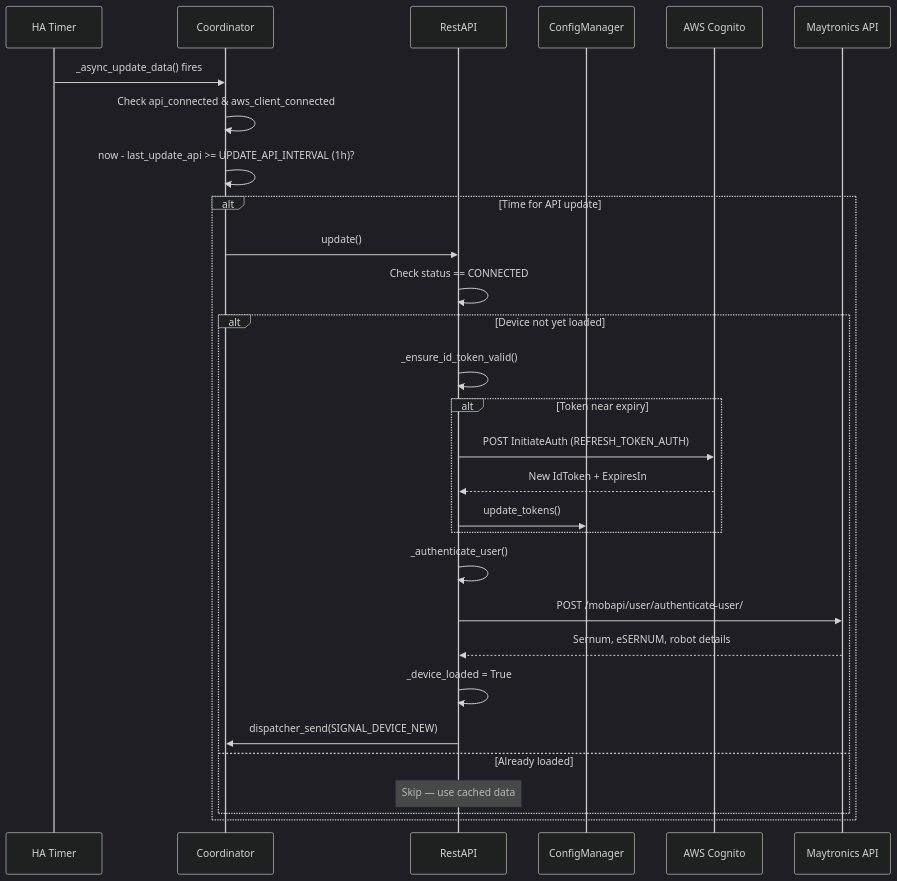
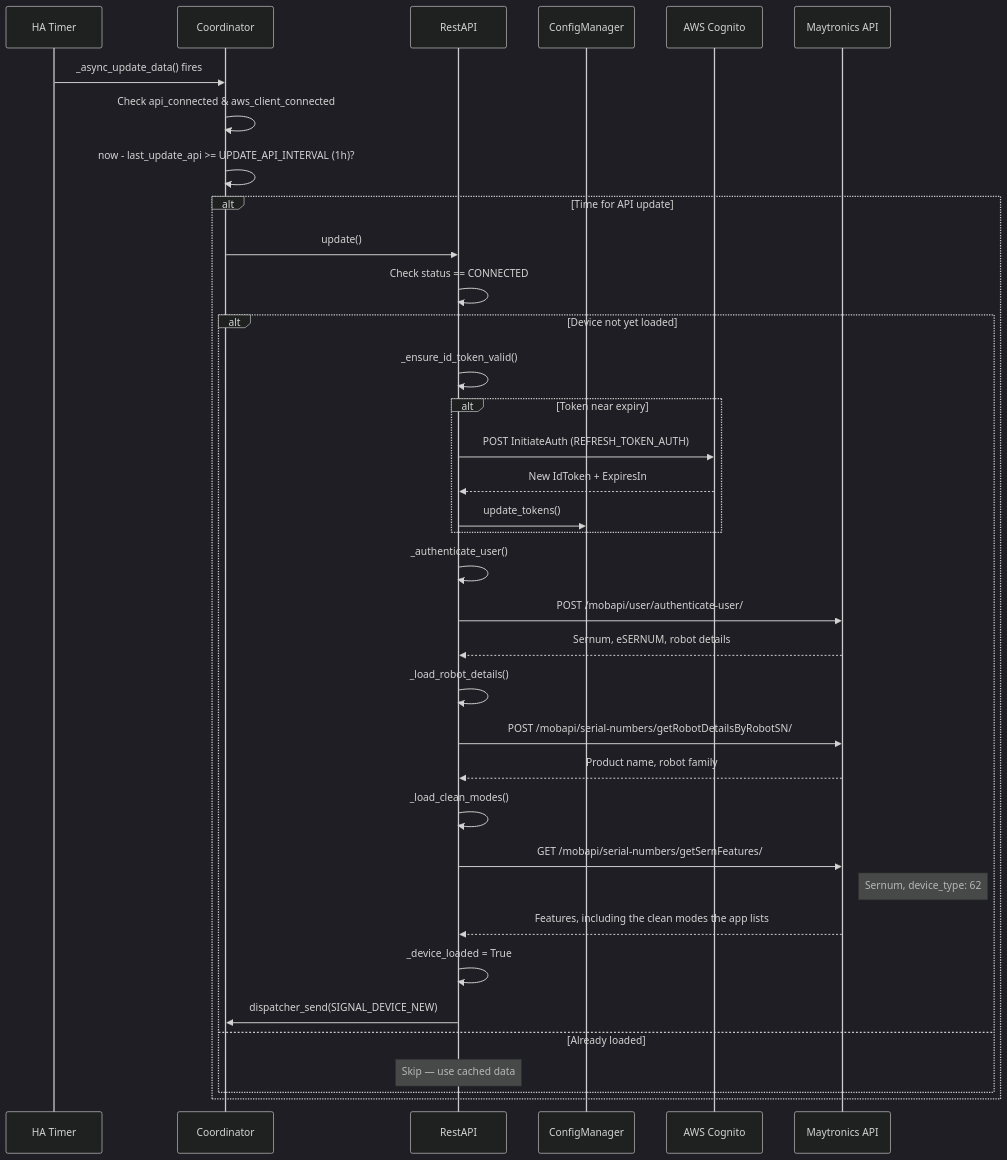
One commit to sh00t2kill/dolphin-robot changed the first of 3 diagrams in docs/Maytronics/03-ongoing-calls-and-events.md. Above: the diagram before and after it, drawn with Mermaid (dark theme). The commit also changed 14 other files, not shown here.

First line of the commit message:
Vacuum lists the robot's clean modes and adds Full coverage

````diff
--- a/docs/Maytronics/03-ongoing-calls-and-events.md
+++ b/docs/Maytronics/03-ongoing-calls-and-events.md
@@ -48,38 +48,47 @@
 ```mermaid
 sequenceDiagram
     participant Timer as HA Timer
     participant Coord as Coordinator
     participant API as RestAPI
     participant CM as ConfigManager
     participant Cognito as AWS Cognito
     participant Maytr as Maytronics API
 
     Timer->>Coord: _async_update_data() fires
     Coord->>Coord: Check api_connected & aws_client_connected
 
     Coord->>Coord: now - last_update_api >= UPDATE_API_INTERVAL (1h)?
 
     alt Time for API update
         Coord->>API: update()
         API->>API: Check status == CONNECTED
 
         alt Device not yet loaded
             API->>API: _ensure_id_token_valid()
 
             alt Token near expiry
                 API->>Cognito: POST InitiateAuth (REFRESH_TOKEN_AUTH)
                 Cognito-->>API: New IdToken + ExpiresIn
                 API->>CM: update_tokens()
             end
 
             API->>API: _authenticate_user()
             API->>Maytr: POST /mobapi/user/authenticate-user/
             Maytr-->>API: Sernum, eSERNUM, robot details
 
+            API->>API: _load_robot_details()
+            API->>Maytr: POST /mobapi/serial-numbers/getRobotDetailsByRobotSN/
+            Maytr-->>API: Product name, robot family
+
+            API->>API: _load_clean_modes()
+            API->>Maytr: GET /mobapi/serial-numbers/getSernFeatures/
+            Note right of Maytr: Sernum, device_type: 62
+            Maytr-->>API: Features, including the clean modes the app lists
+
             API->>API: _device_loaded = True
             API->>Coord: dispatcher_send(SIGNAL_DEVICE_NEW)
         else Already loaded
             Note over API: Skip — use cached data
         end
     end
 ```
````
